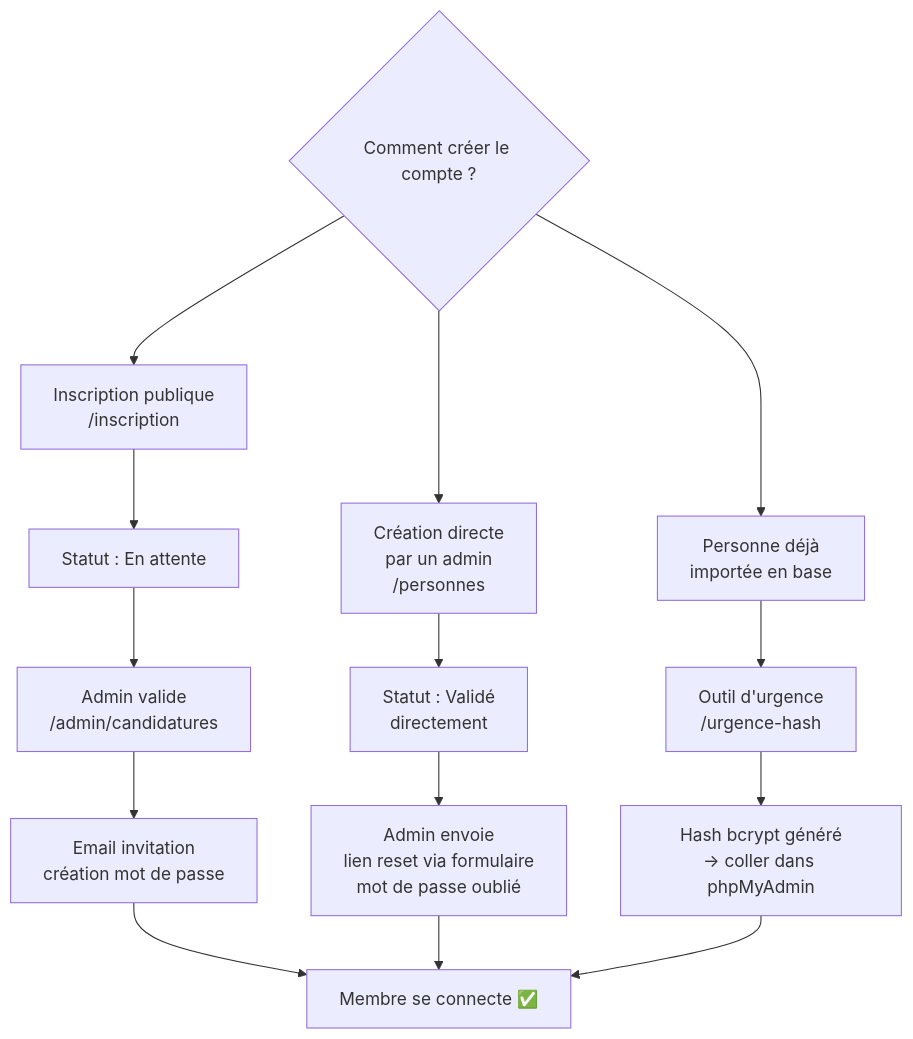
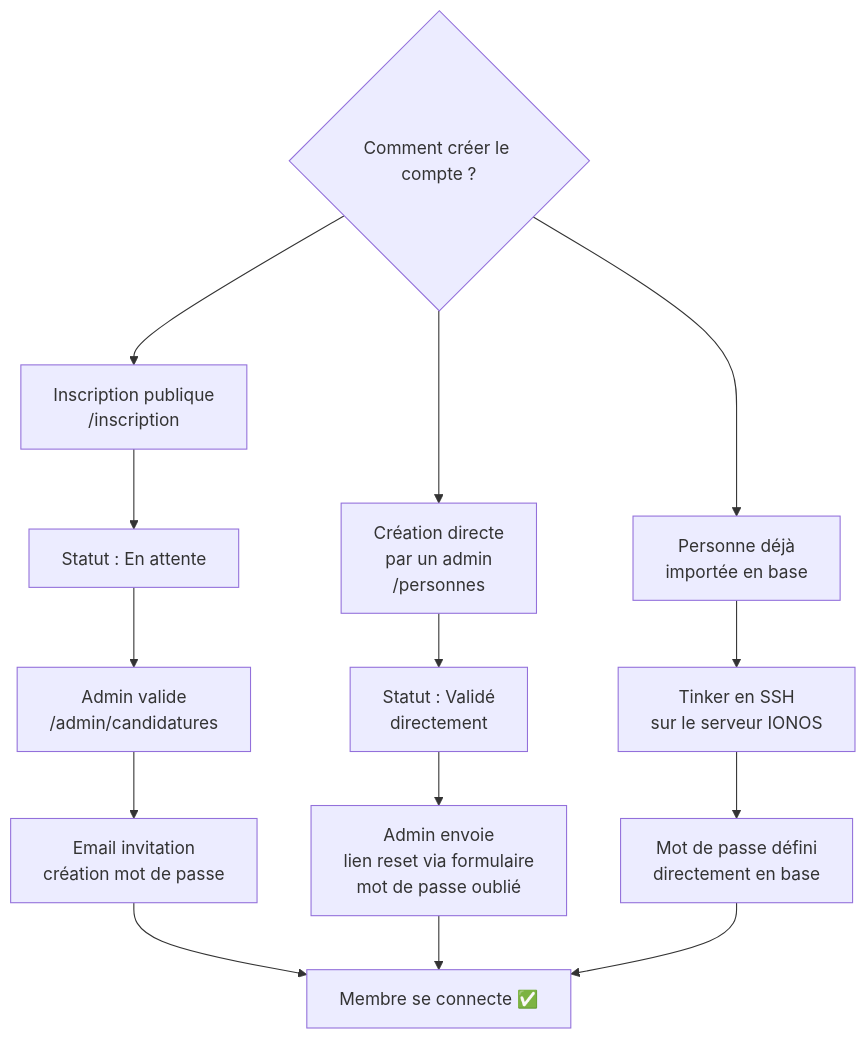
Before and after one commit to Djallel93/amana_web_planning: the eighth of 14 diagrams in README.md, drawn with Mermaid. The commit also changed other lines of this file and 25 other files, not shown here.

````diff
--- a/README.md
+++ b/README.md
@@ -448,20 +459,20 @@
 ```mermaid
 flowchart TD
     A{Comment créer le compte ?} --> B[Inscription publique\n/inscription]
     A --> C[Création directe\npar un admin\n/personnes]
     A --> D[Personne déjà\nimportée en base]
 
     B --> E[Statut : En attente]
     E --> F[Admin valide\n/admin/candidatures]
     F --> G[Email invitation\ncréation mot de passe]
 
     C --> H[Statut : Validé\ndirectement]
     H --> I[Admin envoie\nlien reset via formulaire\nmot de passe oublié]
 
-    D --> J[Outil d'urgence\n/urgence-hash]
-    J --> K[Hash bcrypt généré\n→ coller dans phpMyAdmin]
+    D --> J[Tinker en SSH\nsur le serveur IONOS]
+    J --> K[Mot de passe défini\ndirectement en base]
 
     G --> L[Membre se connecte ✅]
     I --> L
     K --> L
 ```
````
